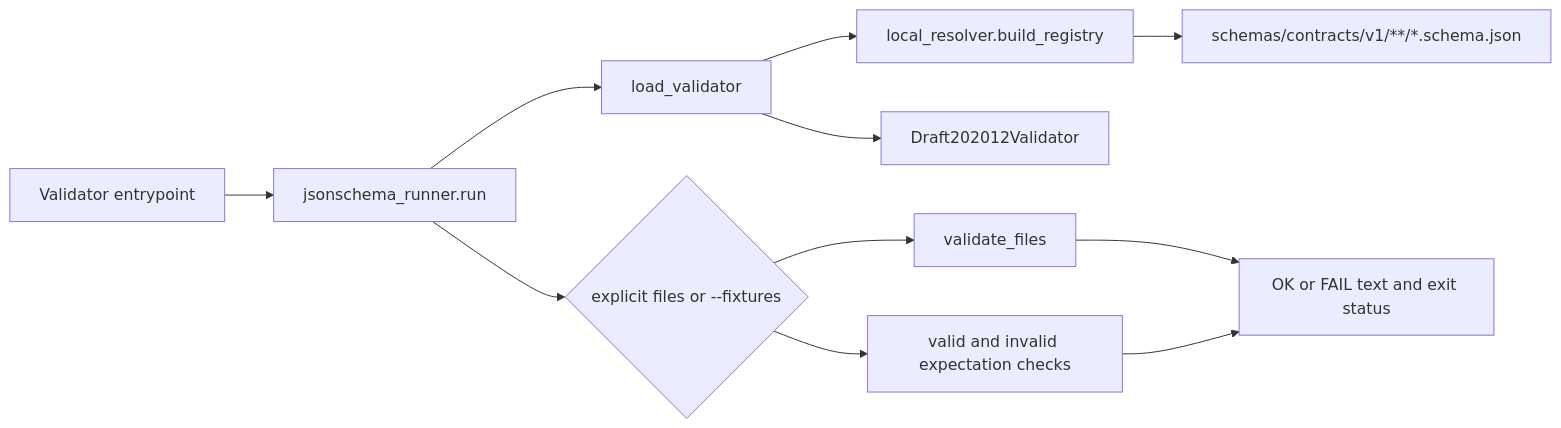
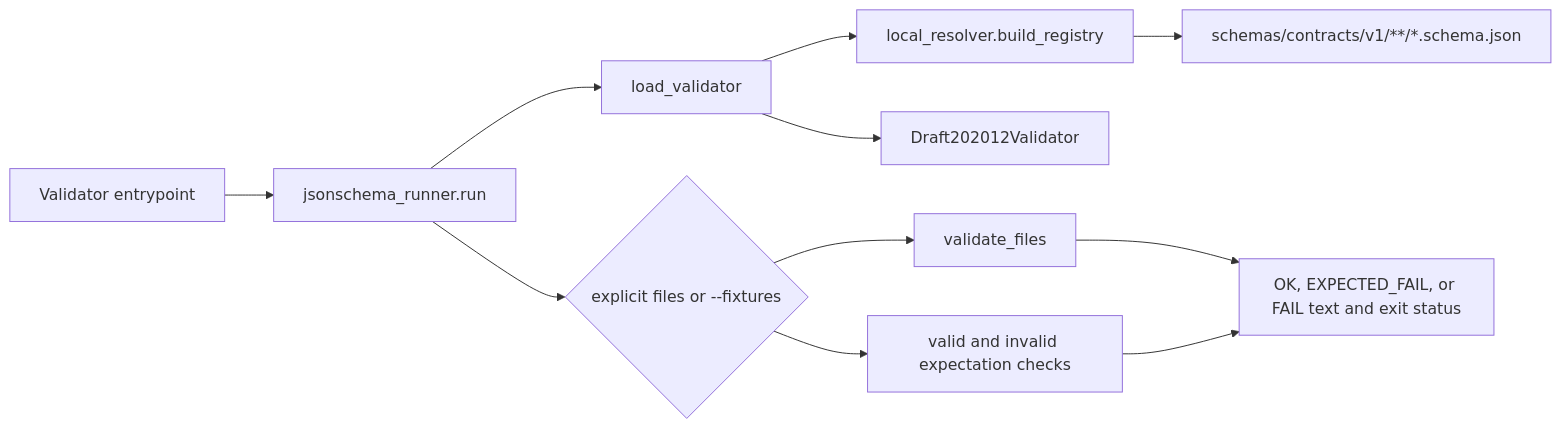
One commit to bartytime4life/Kansas-Frontier-Matrix changed the diagram in tests/validators/README.md. Above: the diagram before and after it, drawn with Mermaid. The commit also changed other lines of this file and 10 other files, not shown here.

Commit message:
fix(validation): harden schema fixture runner

````diff
--- a/tests/validators/README.md
+++ b/tests/validators/README.md
@@ -429,13 +449,13 @@
 ```mermaid
 flowchart LR
   ENTRY["Validator entrypoint"] --> RUN["jsonschema_runner.run"]
   RUN --> LOAD["load_validator"]
   LOAD --> REG["local_resolver.build_registry"]
   REG --> SCHEMA["schemas/contracts/v1/**/*.schema.json"]
   LOAD --> D20["Draft202012Validator"]
   RUN --> MODE{"explicit files or --fixtures"}
   MODE --> FILES["validate_files"]
   MODE --> POLARITY["valid and invalid expectation checks"]
-  FILES --> TEXT["OK or FAIL text and exit status"]
+  FILES --> TEXT["OK, EXPECTED_FAIL, or FAIL text and exit status"]
   POLARITY --> TEXT
 ```
````
